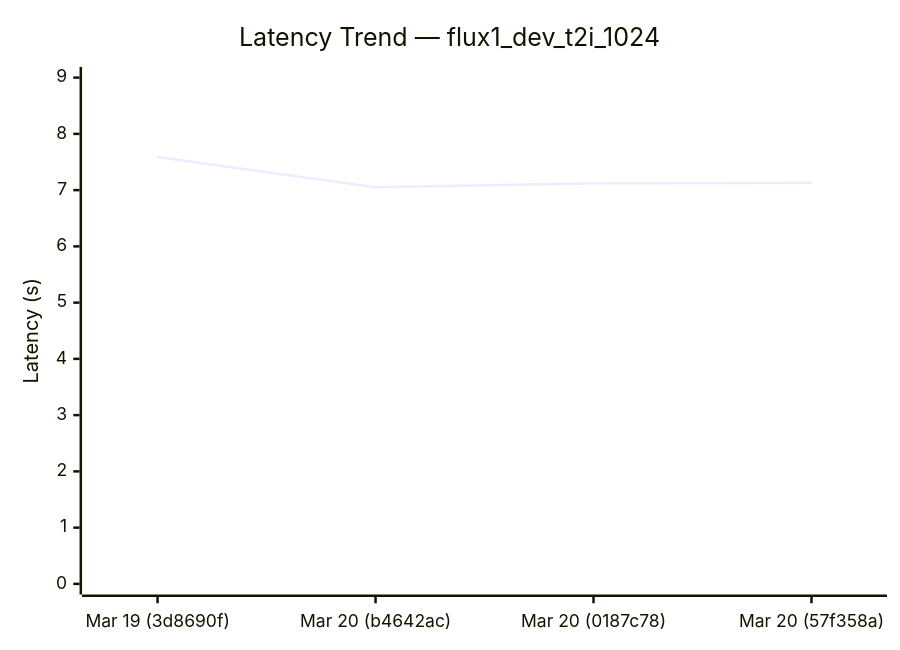
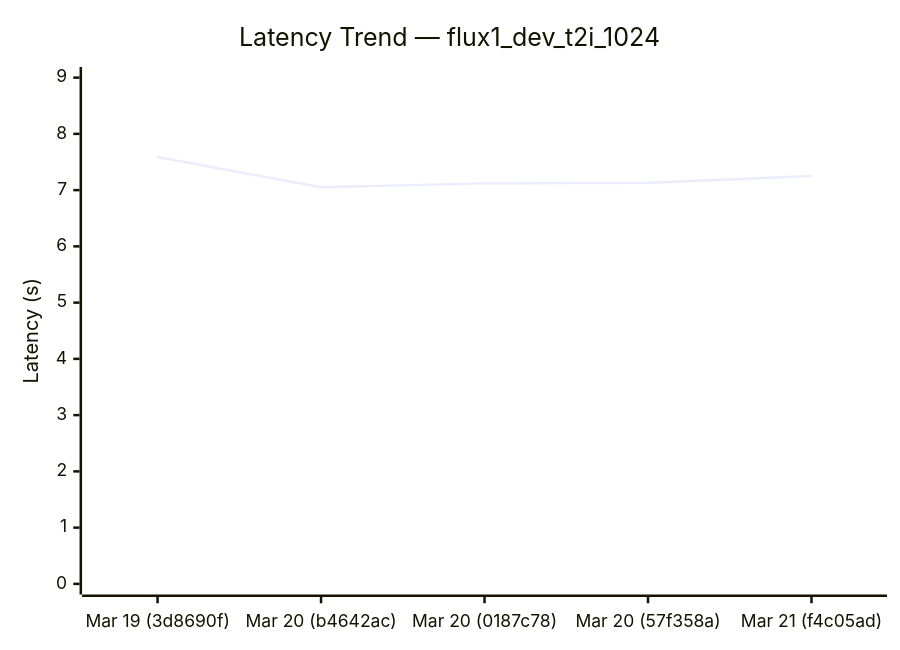
Before and after one commit to sglang-bot/sglang-ci-data: the first of 8 diagrams in diffusion-comparisons/dashboard.md, drawn with Mermaid. The commit also changed other lines of this file and 1 other file, not shown here.

````diff
--- a/diffusion-comparisons/dashboard.md
+++ b/diffusion-comparisons/dashboard.md
@@ -30,7 +31,7 @@
 ```mermaid
 xychart-beta
   title "Latency Trend — flux1_dev_t2i_1024"
-  x-axis ["Mar 19 (3d8690f)", "Mar 20 (b4642ac)", "Mar 20 (0187c78)", "Mar 20 (57f358a)"]
+  x-axis ["Mar 19 (3d8690f)", "Mar 20 (b4642ac)", "Mar 20 (0187c78)", "Mar 20 (57f358a)", "Mar 21 (f4c05ad)"]
   y-axis "Latency (s)" 0 --> 9
-  line [7.59, 7.05, 7.12, 7.13]
+  line [7.59, 7.05, 7.12, 7.13, 7.25]
 ```
````
